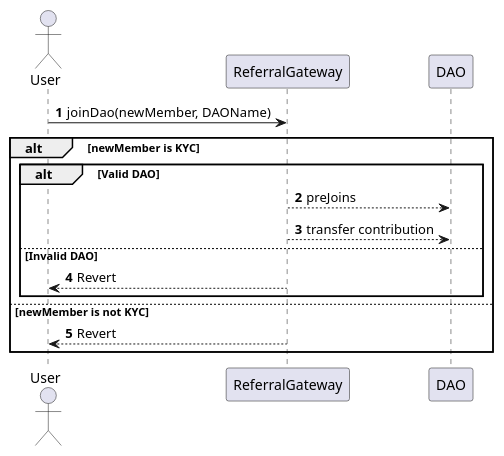
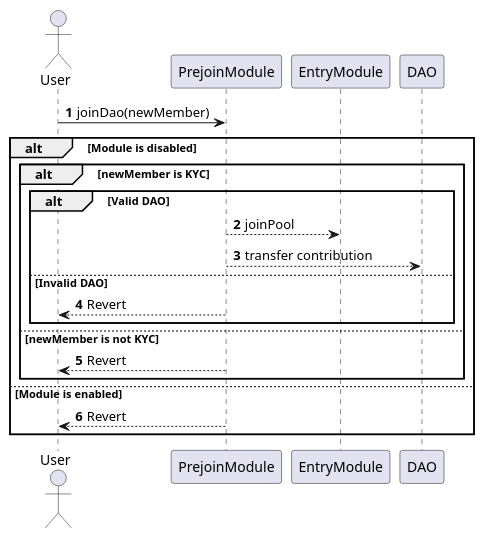
The diagram in docs/sequence_diagrams/PrejoinModule/05-join-dao.puml (TakafulDAO/takasure.sc), drawn with PlantUML before and after one commit. The commit also changed 2 other files, not shown here.

Commit message:
revise: diagrams

```diff
--- a/docs/sequence_diagrams/PrejoinModule/05-join-dao.puml
+++ b/docs/sequence_diagrams/PrejoinModule/05-join-dao.puml
@@ -1,22 +1,27 @@
 @startuml Join Dao
 autonumber
 
 actor User
 
-User -> ReferralGateway: joinDao(newMember, DAOName)
+User -> PrejoinModule: joinDao(newMember)
 
-alt newMember is KYC
-    
-    alt Valid DAO
-        ReferralGateway --> DAO: preJoins
-        ReferralGateway --> DAO: transfer contribution
+alt Module is disabled
+    alt newMember is KYC    
+        alt Valid DAO
 
-    else Invalid DAO
-        ReferralGateway --> User: Revert
+            PrejoinModule --> EntryModule: joinPool
+            PrejoinModule --> DAO: transfer contribution
+
+        else Invalid DAO
+            PrejoinModule --> User: Revert
+        end
+
+    else newMember is not KYC
+        PrejoinModule --> User: Revert
     end
 
-else newMember is not KYC
-    ReferralGateway --> User: Revert
+else Module is enabled
+    PrejoinModule --> User: Revert
 end
 
 @enduml
```
